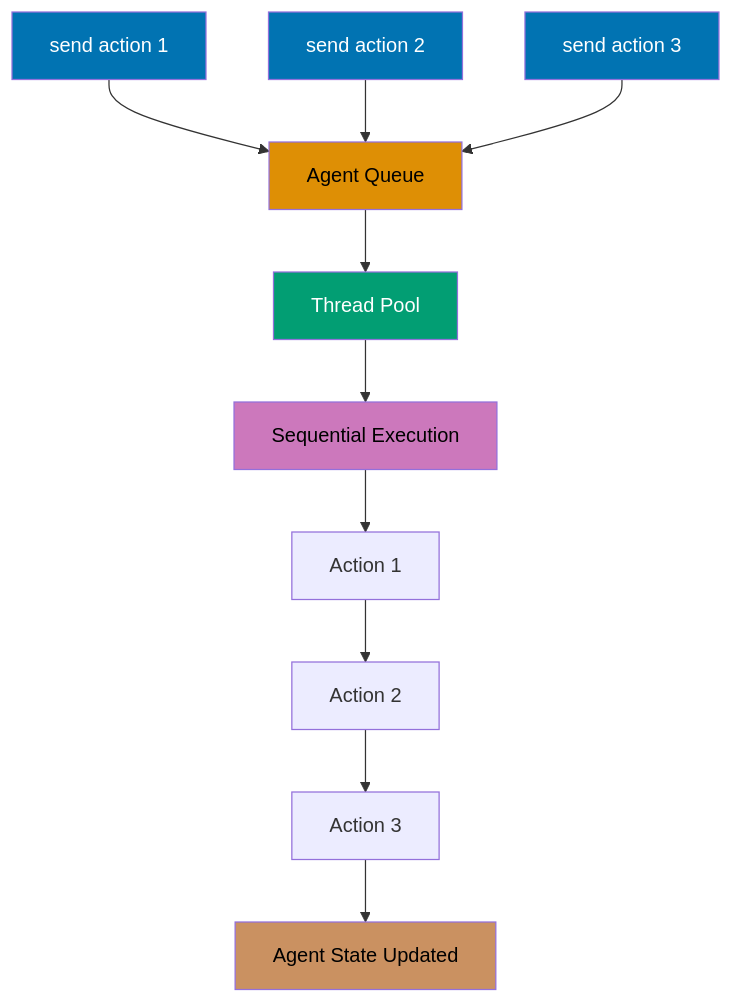
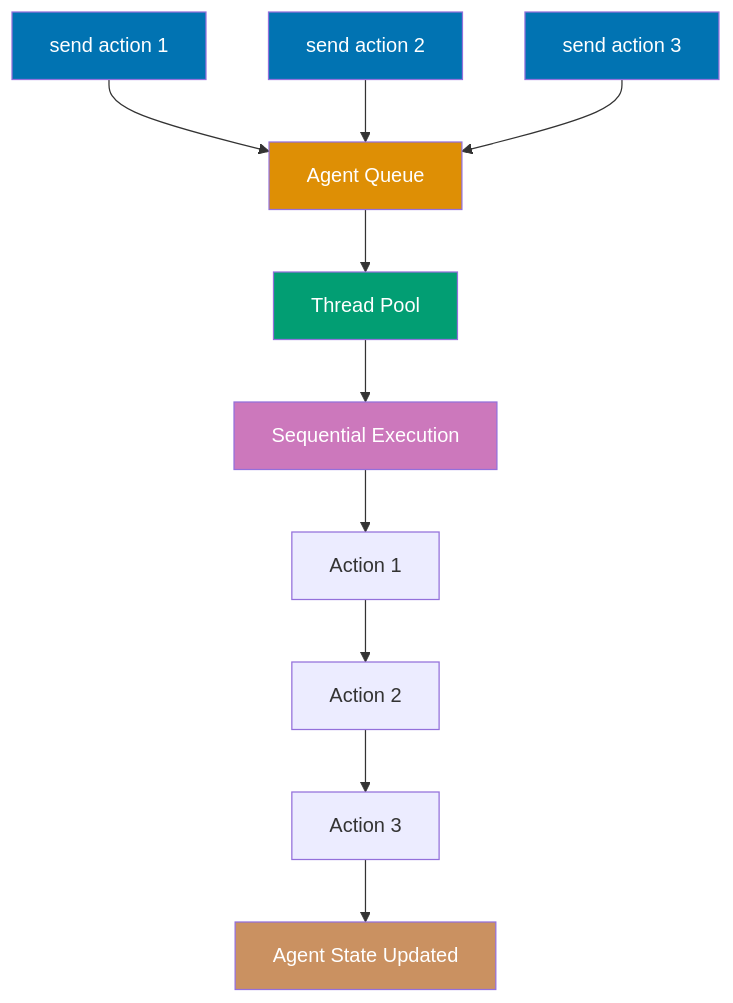
Before and after one commit to wahidyankf/open-sharia-enterprise: the fifth of 10 diagrams in apps/ayokoding-web/content/en/learn/software-engineering/programming-languages/clojure/by-example/intermediate.md, drawn with Mermaid. The commit also changed other lines of this file and 61 other files, not shown here.

First line of the commit message:
fix(ayokoding-web): quote Mermaid node labels with special characters in Example 63

````diff
--- a/apps/ayokoding-web/content/en/learn/software-engineering/programming-languages/clojure/by-example/intermediate.md
+++ b/apps/ayokoding-web/content/en/learn/software-engineering/programming-languages/clojure/by-example/intermediate.md
@@ -383,21 +383,21 @@
 ```mermaid
 %% Agent asynchronous processing
 graph TD
     A[send action 1] --> Q[Agent Queue]
     B[send action 2] --> Q
     C[send action 3] --> Q
     Q --> T[Thread Pool]
     T --> S1[Sequential Execution]
     S1 --> S2[Action 1]
     S2 --> S3[Action 2]
     S3 --> S4[Action 3]
     S4 --> R[Agent State Updated]
 
     style A fill:#0173B2,color:#fff
     style B fill:#0173B2,color:#fff
     style C fill:#0173B2,color:#fff
-    style Q fill:#DE8F05,color:#000
+    style Q fill:#DE8F05,color:#fff
     style T fill:#029E73,color:#fff
-    style S1 fill:#CC78BC,color:#000
-    style R fill:#CA9161,color:#000
+    style S1 fill:#CC78BC,color:#fff
+    style R fill:#CA9161,color:#fff
 ```
````
